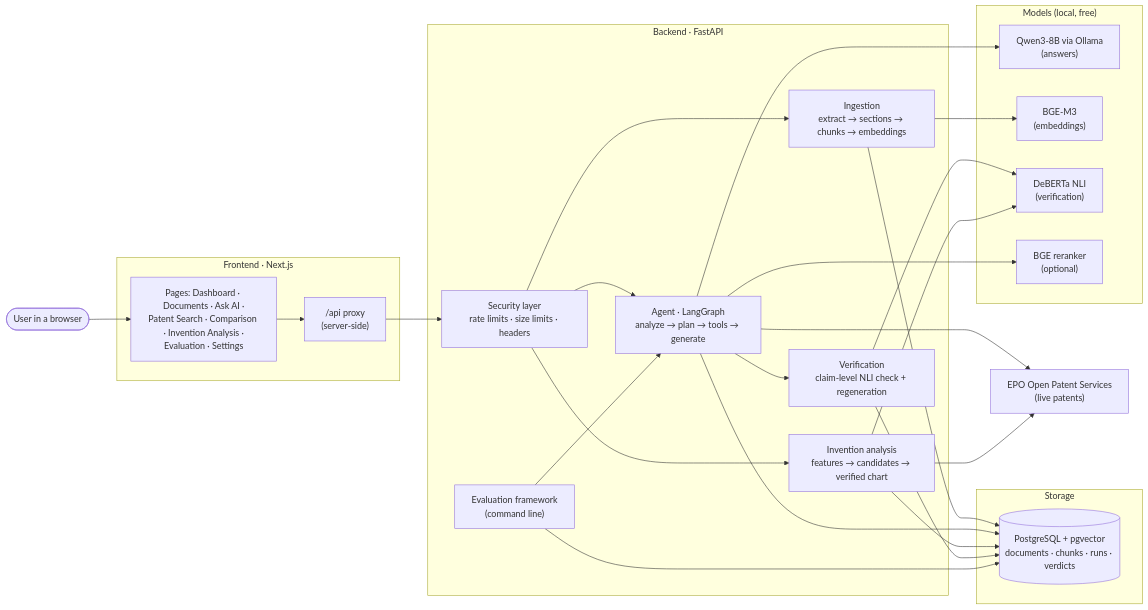
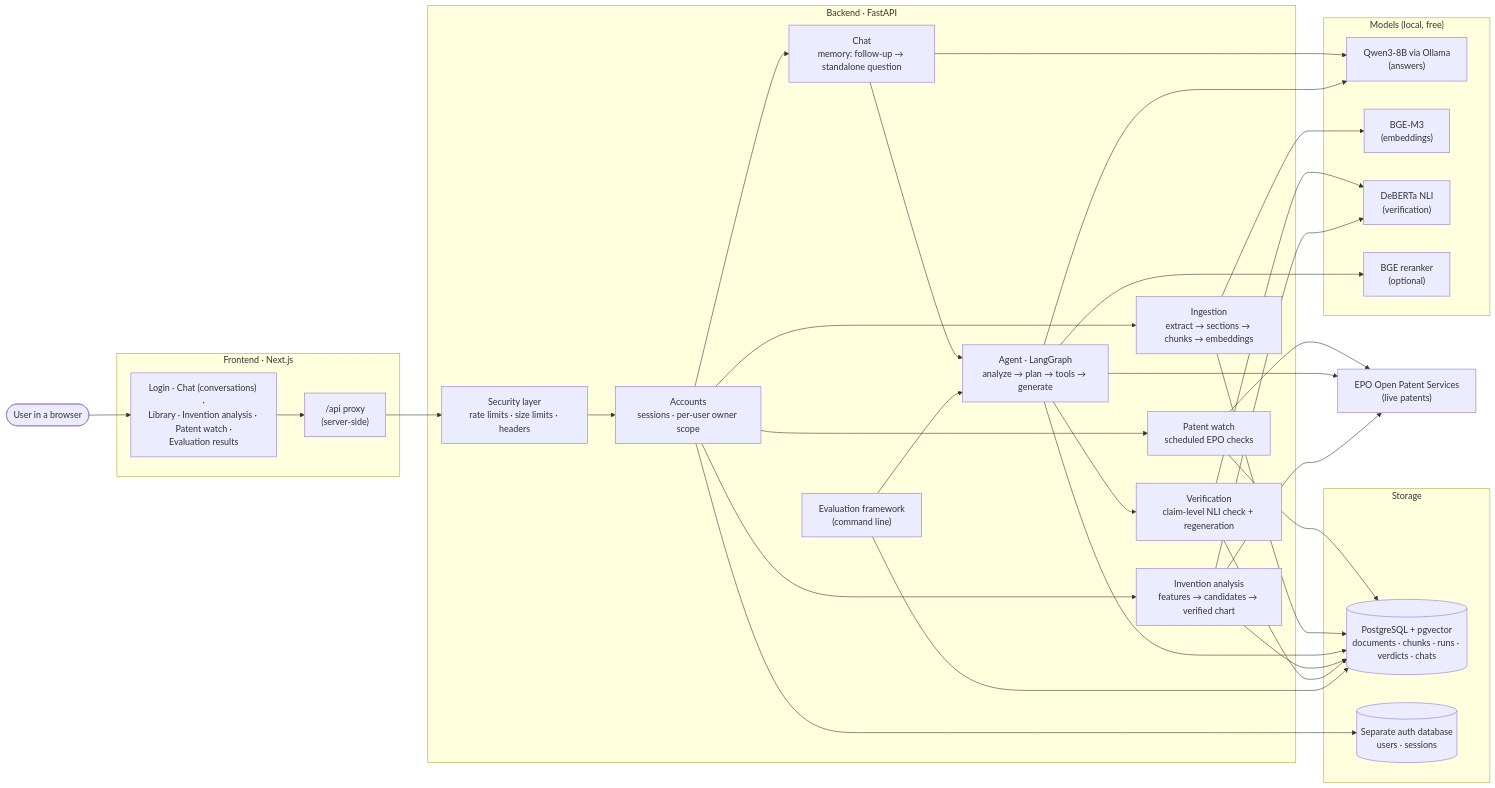
One commit to saharsh-lab/Agentic-RAG-System-for-Patent-analysis changed the diagram in docs/diagrams/1_architecture.mmd. Above: the diagram before and after it, drawn with Mermaid. The commit also changed 71 other files, not shown here.

First line of the commit message:
Final experiment results, invention self-check, and fixes from final checks

```diff
--- a/docs/diagrams/1_architecture.mmd
+++ b/docs/diagrams/1_architecture.mmd
@@ -1,41 +1,50 @@
 flowchart LR
     user([User in a browser])
     subgraph UI["Frontend · Next.js"]
-        pages["Pages: Dashboard · Documents · Ask AI ·<br/>Patent Search · Comparison · Invention Analysis ·<br/>Evaluation · Settings"]
+        pages["Login · Chat (conversations) ·<br/>Library · Invention analysis · Patent watch ·<br/>Evaluation results"]
         proxy["/api proxy<br/>(server-side)"]
     end
     subgraph API["Backend · FastAPI"]
         mw["Security layer<br/>rate limits · size limits · headers"]
+        auth["Accounts<br/>sessions · per-user owner scope"]
+        chat["Chat<br/>memory: follow-up → standalone question"]
+        watch["Patent watch<br/>scheduled EPO checks"]
         ingest["Ingestion<br/>extract → sections → chunks → embeddings"]
         agent["Agent · LangGraph<br/>analyze → plan → tools → generate"]
         verify["Verification<br/>claim-level NLI check + regeneration"]
         inv["Invention analysis<br/>features → candidates → verified chart"]
         eval["Evaluation framework<br/>(command line)"]
     end
     subgraph Data["Storage"]
-        pg[("PostgreSQL + pgvector<br/>documents · chunks · runs · verdicts")]
+        pg[("PostgreSQL + pgvector<br/>documents · chunks · runs · verdicts · chats")]
+        authdb[("Separate auth database<br/>users · sessions")]
     end
     subgraph Models["Models (local, free)"]
         llm["Qwen3-8B via Ollama<br/>(answers)"]
         emb["BGE-M3<br/>(embeddings)"]
         nli["DeBERTa NLI<br/>(verification)"]
         rr["BGE reranker<br/>(optional)"]
     end
     epo["EPO Open Patent Services<br/>(live patents)"]
 
     user --> pages --> proxy --> mw
-    mw --> ingest & agent & inv
+    mw --> auth --> authdb
+    auth --> chat & ingest & inv & watch
+    chat --> agent
+    chat --> llm
+    watch --> epo
+    watch --> pg
     agent --> verify
     ingest --> emb
     ingest --> pg
     agent --> pg
     agent --> llm
     agent --> rr
     agent --> epo
     verify --> nli
     inv --> pg
     inv --> nli
     inv --> epo
     verify --> pg
     eval --> agent
     eval --> pg
```
